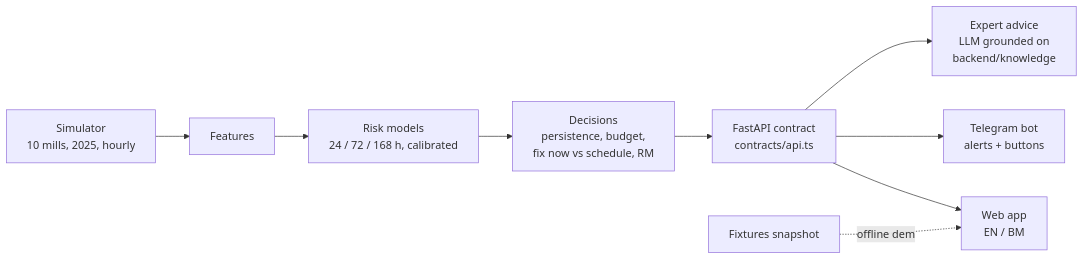
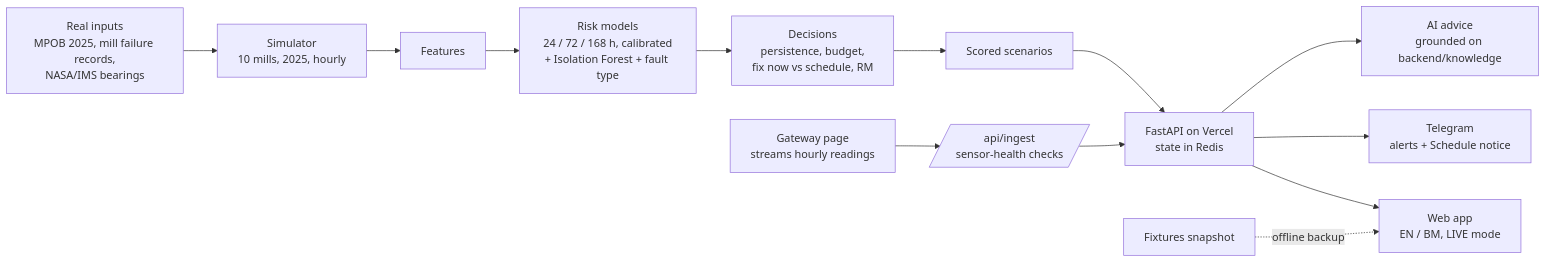
The diagram in README.md (finn1282/MillGuard), drawn with Mermaid before and after one commit. The commit also changed other lines of this file, not shown here.

Commit message:
README: live Vercel URL, gateway architecture, final data sources and honest limits

````diff
--- a/README.md
+++ b/README.md
@@ -9,10 +10,14 @@
 ```mermaid
 flowchart LR
-    SIM[Simulator<br/>10 mills, 2025, hourly] --> FEAT[Features] --> MODELS[Risk models<br/>24 / 72 / 168 h, calibrated]
+    SRC[Real inputs<br/>MPOB 2025, mill failure records,<br/>NASA/IMS bearings] --> SIM[Simulator<br/>10 mills, 2025, hourly]
+    SIM --> FEAT[Features] --> MODELS[Risk models<br/>24 / 72 / 168 h, calibrated<br/>+ Isolation Forest + fault type]
     MODELS --> DEC[Decisions<br/>persistence, budget,<br/>fix now vs schedule, RM]
-    DEC --> API[FastAPI contract<br/>contracts/api.ts]
-    API --> WEB[Web app<br/>EN / BM]
-    API --> TG[Telegram bot<br/>alerts + buttons]
-    API --> ADV[Expert advice<br/>LLM grounded on<br/>backend/knowledge]
-    FIX[Fixtures snapshot] -.offline demo.-> WEB
+    DEC --> SCN[Scored scenarios]
+    GW[Gateway page<br/>streams hourly readings] --> ING[/api/ingest<br/>sensor-health checks/]
+    SCN --> API[FastAPI on Vercel<br/>state in Redis]
+    ING --> API
+    API --> WEB[Web app<br/>EN / BM, LIVE mode]
+    API --> TG[Telegram<br/>alerts + Schedule notice]
+    API --> ADV[AI advice<br/>grounded on backend/knowledge]
+    FIX[Fixtures snapshot] -.offline backup.-> WEB
 ```
````
